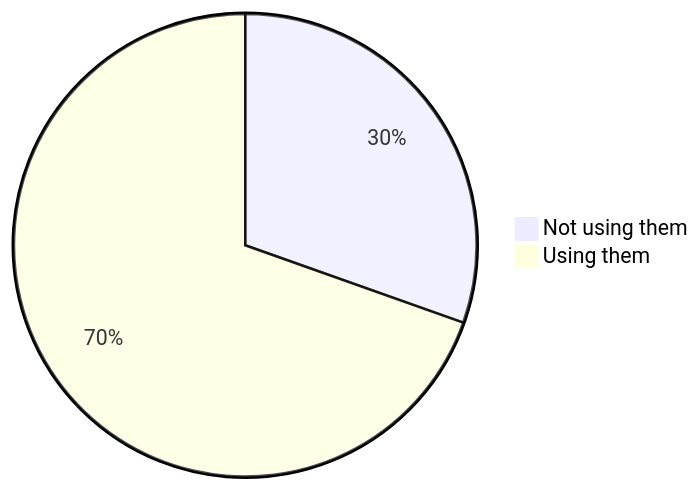
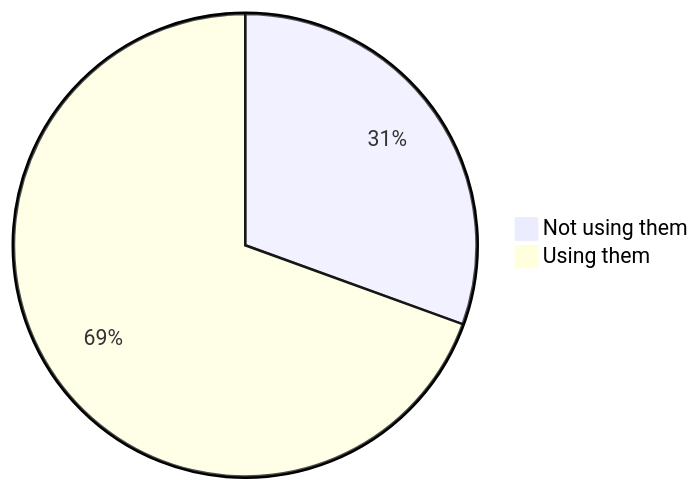
One commit to oshp/oshp-stats changed the first of 22 diagrams in stats.md. Above: the diagram before and after it, drawn with Mermaid. The commit also changed other lines of this file, not shown here.

````diff
--- a/stats.md
+++ b/stats.md
@@ -10,6 +10,6 @@
 ```mermaid
 pie
-	"Not using them" : 30.43
-	"Using them" : 69.57
+	"Not using them" : 30.54
+	"Using them" : 69.46
 
 ```
````
